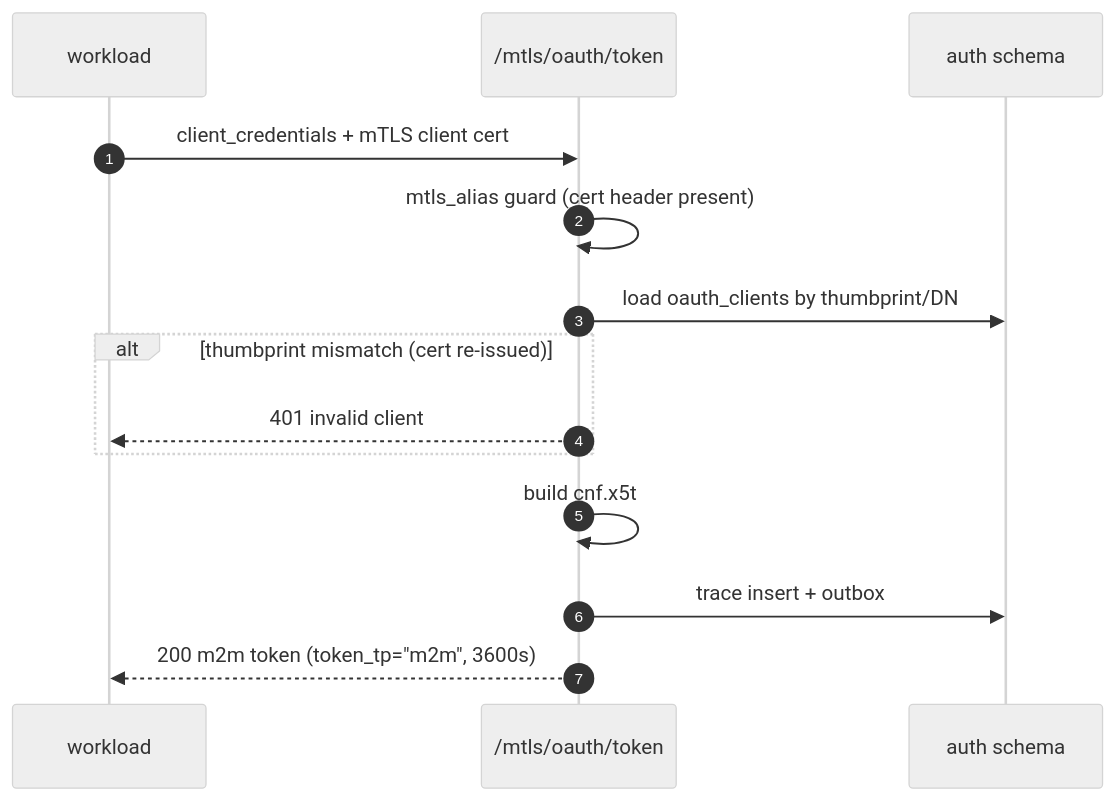
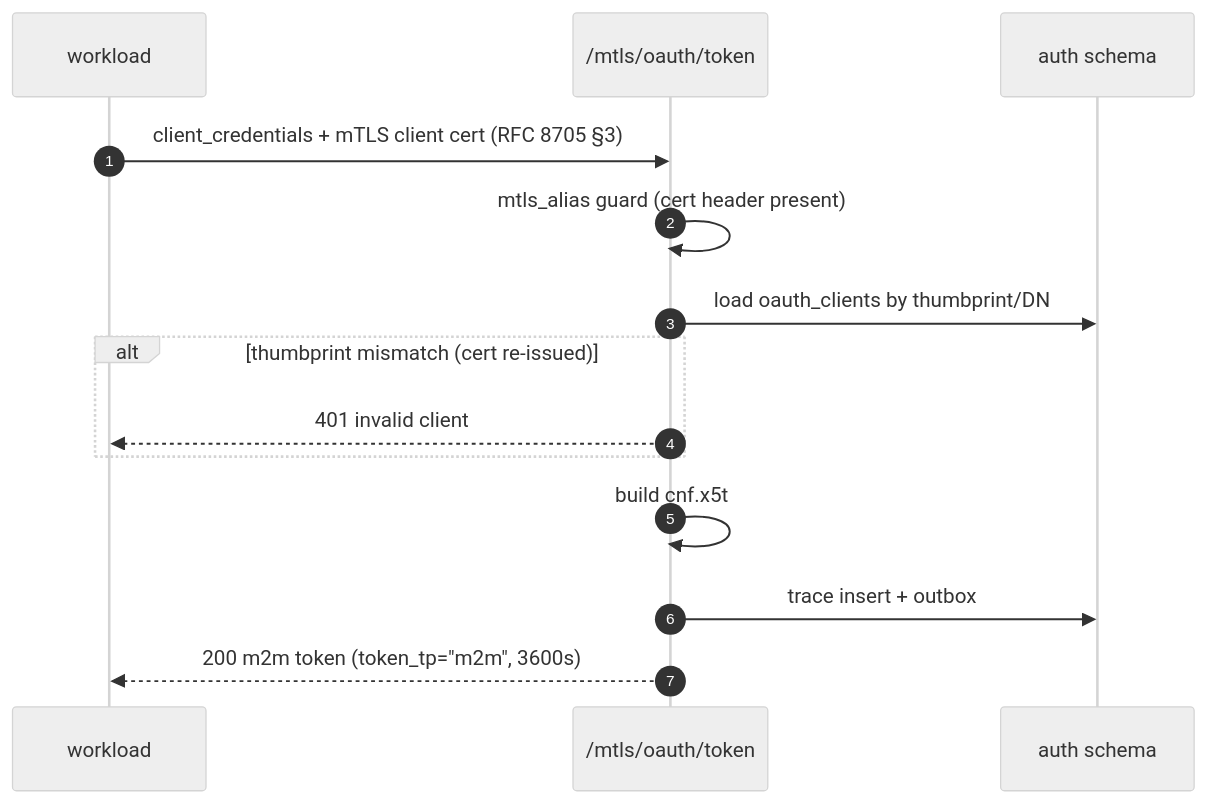
Before and after one commit to Sentin8/sentin8-site: the fourth of 19 diagrams in docs/services/auth/design.md, drawn with Mermaid (neutral theme). The commit also changed other lines of this file and 28 other files, not shown here.

````diff
--- a/docs/services/auth/design.md
+++ b/docs/services/auth/design.md
@@ -130,17 +151,17 @@
 ```mermaid
 sequenceDiagram
     autonumber
     participant W as workload
     participant M as /mtls/oauth/token
     participant DB as auth schema
 
-    W->>M: client_credentials + mTLS client cert
+    W->>M: client_credentials + mTLS client cert (RFC 8705 §3)
     M->>M: mtls_alias guard (cert header present)
     M->>DB: load oauth_clients by thumbprint/DN
     alt thumbprint mismatch (cert re-issued)
         M-->>W: 401 invalid client
     end
     M->>M: build cnf.x5t#S256 + RFC 8707 aud
     M->>DB: trace insert + outbox
     M-->>W: 200 m2m token (token_tp="m2m", 3600s)
 ```
````
